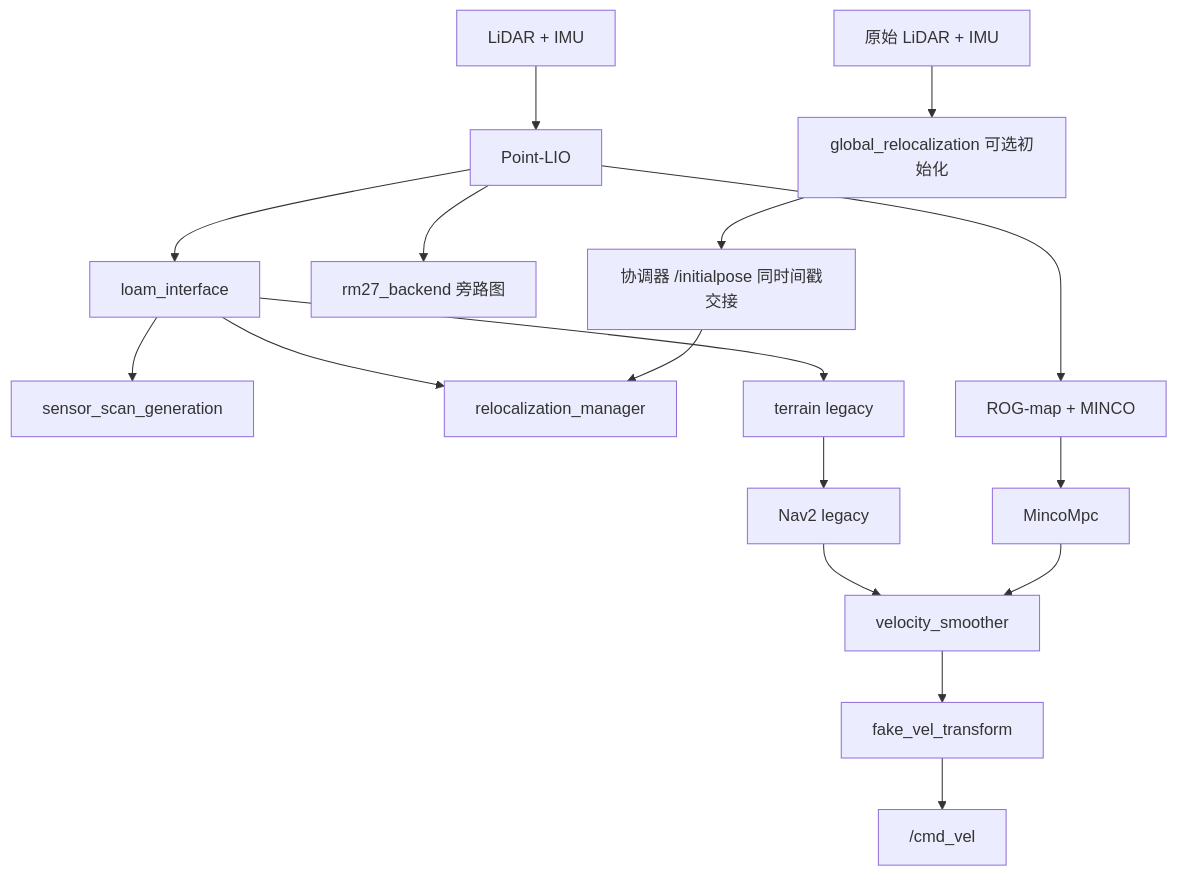
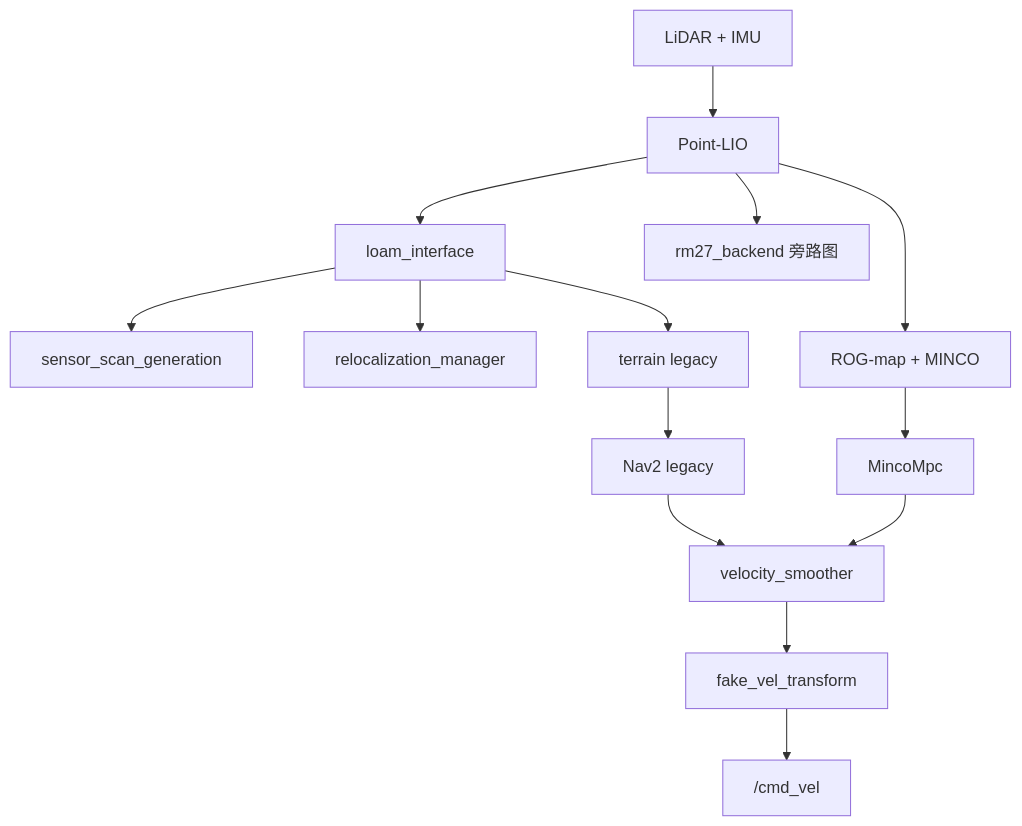
The diagram in README.md (PnX-HKUSTGZ/sentry_navgation_RM27), drawn with Mermaid before and after one commit. The commit also changed other lines of this file and 14 other files, not shown here.

````diff
--- a/README.md
+++ b/README.md
@@ -43,19 +41,16 @@
 ```mermaid
 flowchart TD
   L[LiDAR + IMU] --> P[Point-LIO]
   P --> I[loam_interface]
   I --> S[sensor_scan_generation]
   I --> R[relocalization_manager]
   P --> B[rm27_backend 旁路图]
-  RAW[原始 LiDAR + IMU] --> G[global_relocalization 可选初始化]
-  G --> H[协调器 /initialpose 同时间戳交接]
-  H --> R
   I --> T[terrain legacy]
   P --> M[ROG-map + MINCO]
   T --> N[Nav2 legacy]
   M --> C[MincoMpc]
   N --> V[velocity_smoother]
   C --> V
   V --> F[fake_vel_transform]
   F --> CMD["/cmd_vel"]
 ```
````
